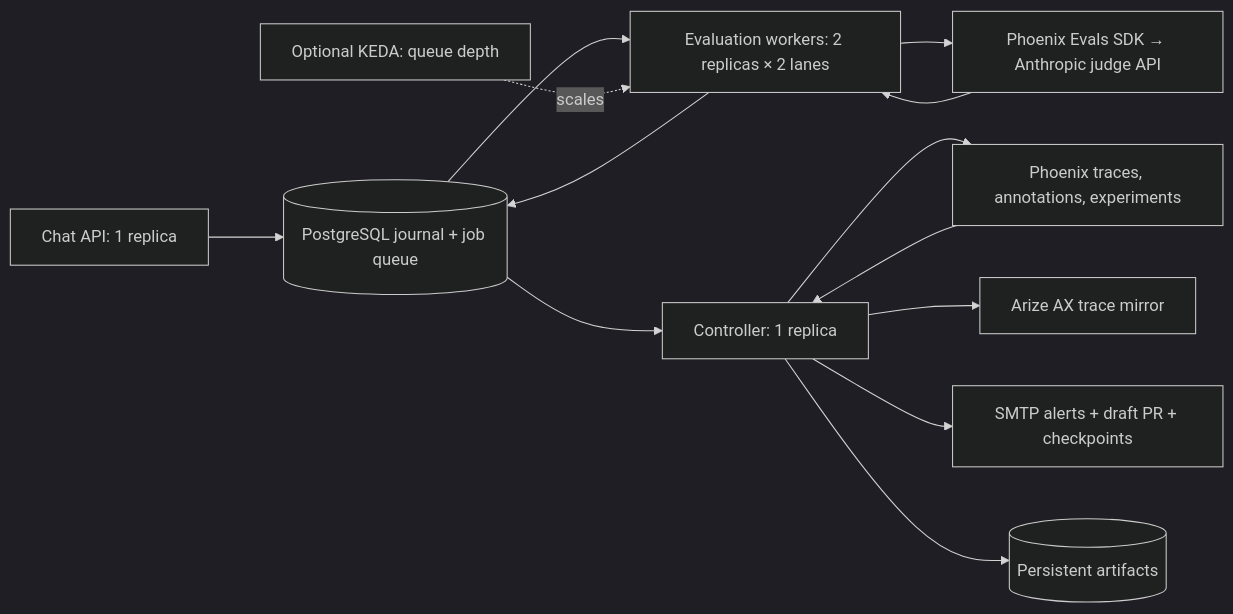
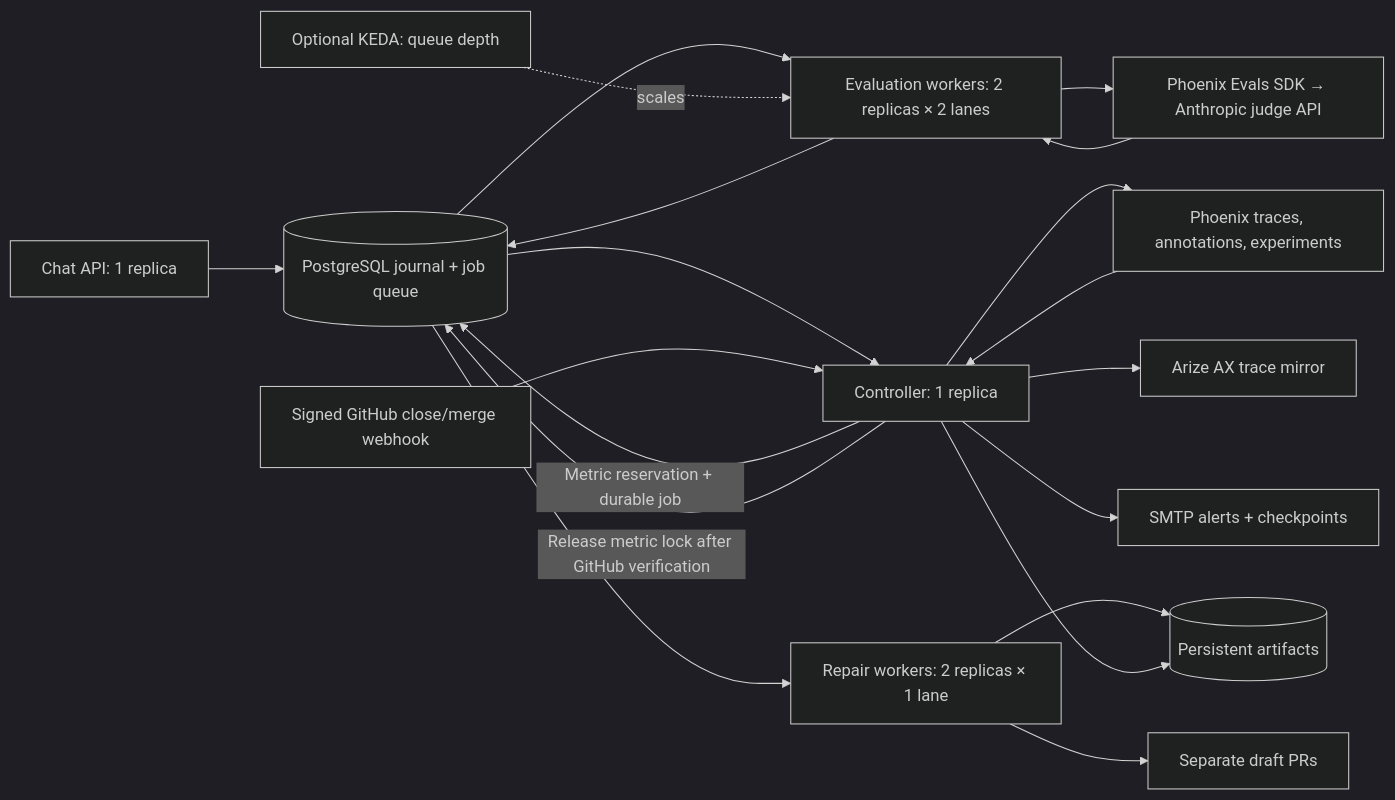
The diagram in docs/deployment.md (brianlu2001/sample-travel-agent), drawn with Mermaid (dark theme) before and after one commit. The commit also changed other lines of this file and 25 other files, not shown here.

````diff
--- a/docs/deployment.md
+++ b/docs/deployment.md
@@ -18,15 +18,21 @@
 ```mermaid
 flowchart LR
     A[Chat API: 1 replica] --> Q[(PostgreSQL journal + job queue)]
     Q --> W[Evaluation workers: 2 replicas × 2 lanes]
     W --> J[Phoenix Evals SDK → Anthropic judge API]
     J --> W
     W --> Q
     Q --> C[Controller: 1 replica]
     C --> P[Phoenix traces, annotations, experiments]
     C --> X[Arize AX trace mirror]
     P --> C
-    C --> R[SMTP alerts + draft PR + checkpoints]
+    C --> R[SMTP alerts + checkpoints]
+    C -->|Metric reservation + durable job| Q
+    Q --> F[Repair workers: 2 replicas × 1 lane]
+    F --> PR[Separate draft PRs]
+    G[Signed GitHub close/merge webhook] --> C
+    C -->|Release metric lock after GitHub verification| Q
+    F --> V
     C --> V[(Persistent artifacts)]
     K[Optional KEDA: queue depth] -. scales .-> W
 ```
````
